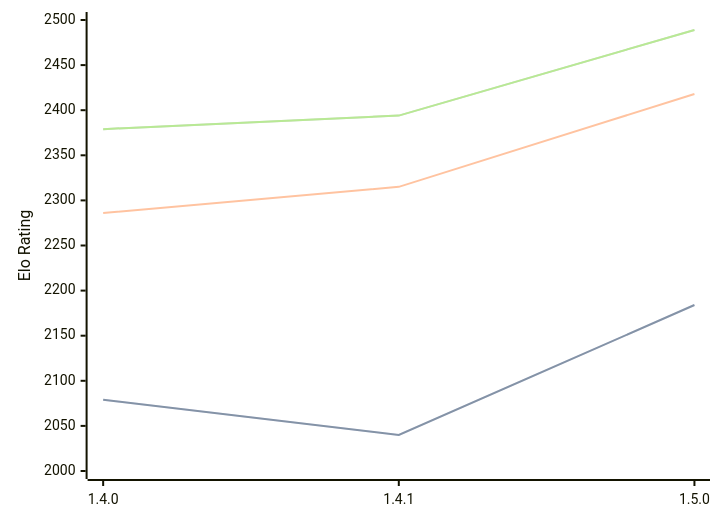
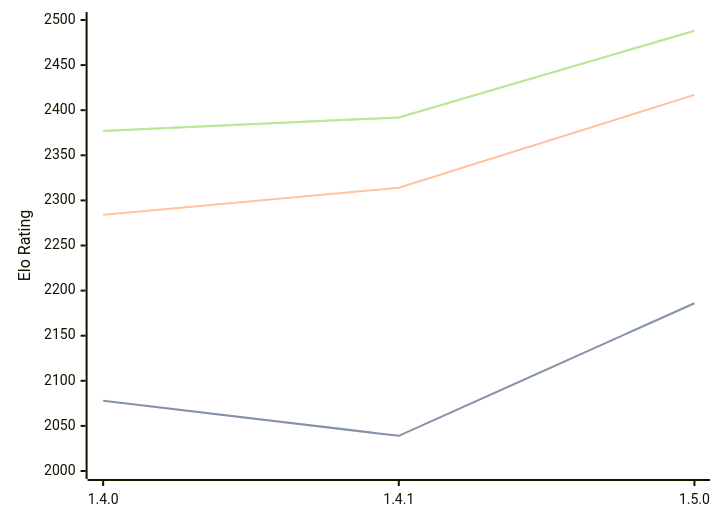
Before and after one commit to computer-chess-index/cci: the diagram in engines/Tofiks.md, drawn with Mermaid. The commit also changed other lines of this file, not shown here.

Commit message:
Update CCI Ratings (ELO VLTC) - 2026-06-07

````diff
--- a/engines/Tofiks.md
+++ b/engines/Tofiks.md
@@ -37,11 +37,11 @@
 ```mermaid
 %%{init: {"theme":"base","themeVariables":{"seriesColors:['#a3a3a3','#222221','#faa371']}}}%%
 xychart-beta
   x-axis ["1.4.0", "1.4.1", "1.5.0"]
   y-axis "Elo Rating" 2000 --> 2500
-  line "STC (8.0+0.08s)" [2079, 2040, 2184]
-  line "STC (8.0+0.08s)" [2079, 2040, 2184]
-  line "LTC (60.0+0.60s)" [2286, 2315, 2418]
-  line "VLTC (2m24s+1.12s)" [2379, 2394, 2489]
-  line "VLTC (2m24s+1.12s)" [2379, 2394, 2489]
+  line "STC (8.0+0.08s)" [2078, 2039, 2186]
+  line "STC (8.0+0.08s)" [2078, 2039, 2186]
+  line "LTC (60.0+0.60s)" [2284, 2314, 2417]
+  line "VLTC (2m24s+1.12s)" [2377, 2392, 2488]
+  line "VLTC (2m24s+1.12s)" [2377, 2392, 2488]
 ```
````
